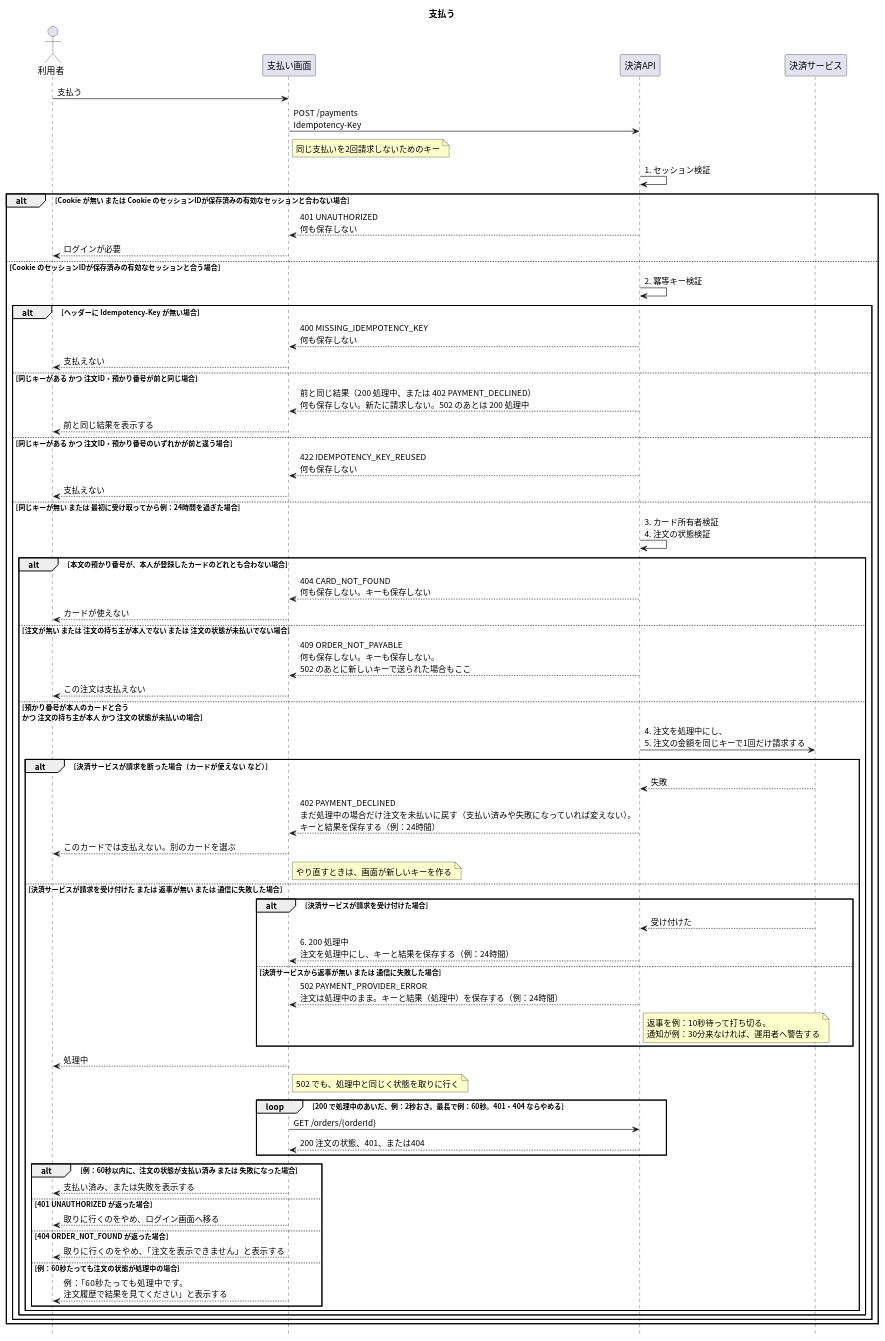
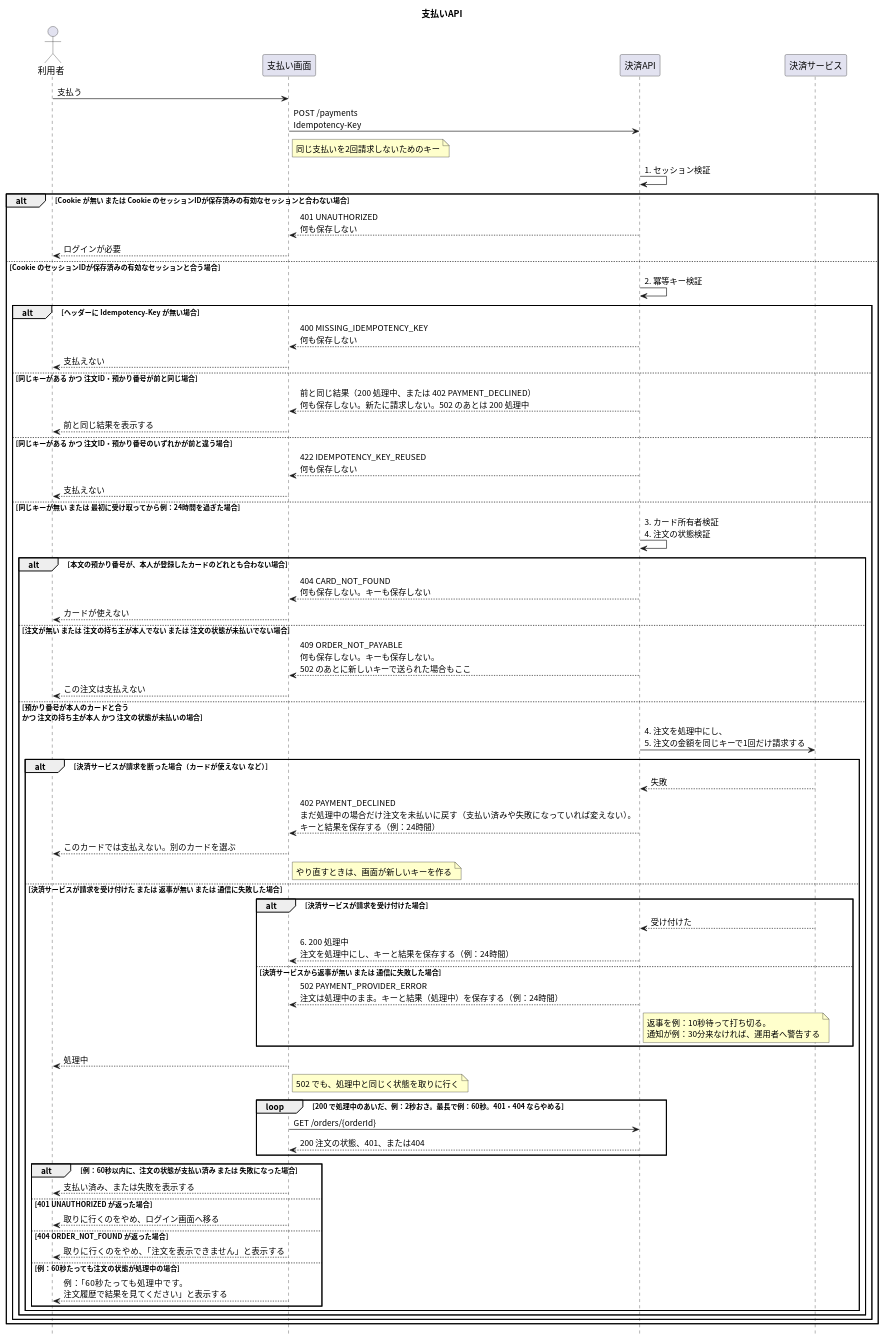
One commit to masamasamasato/design-doc-template changed the diagram in apis/create-payment/入口.puml. Above: the diagram before and after it, drawn with PlantUML. The commit also changed 95 other files, not shown here.

```diff
--- a/apis/create-payment/入口.puml
+++ b/apis/create-payment/入口.puml
@@ -1,75 +1,75 @@
 @startuml
 skinparam shadowing false
 skinparam defaultFontName "Noto Sans CJK JP"
 skinparam SequenceFontName "Noto Sans CJK JP"
 skinparam NoteBackgroundColor #FFFFCC
 hide footbox
 
-title 支払う
+title 支払いAPI
 
 actor "利用者" as User
 participant "支払い画面" as Screen
 participant "決済API" as API
 participant "決済サービス" as PSP
 
 User -> Screen : 支払う
 Screen -> API : POST /payments\nIdempotency-Key
 note right of Screen : 同じ支払いを2回請求しないためのキー
 API -> API : 1. セッション検証
 alt Cookie が無い または Cookie のセッションIDが保存済みの有効なセッションと合わない場合
   API --> Screen : 401 UNAUTHORIZED\n何も保存しない
   Screen --> User : ログインが必要
 else Cookie のセッションIDが保存済みの有効なセッションと合う場合
   API -> API : 2. 冪等キー検証
   alt ヘッダーに Idempotency-Key が無い場合
     API --> Screen : 400 MISSING_IDEMPOTENCY_KEY\n何も保存しない
     Screen --> User : 支払えない
   else 同じキーがある かつ 注文ID・預かり番号が前と同じ場合
     API --> Screen : 前と同じ結果（200 処理中、または 402 PAYMENT_DECLINED）\n何も保存しない。新たに請求しない。502 のあとは 200 処理中
     Screen --> User : 前と同じ結果を表示する
   else 同じキーがある かつ 注文ID・預かり番号のいずれかが前と違う場合
     API --> Screen : 422 IDEMPOTENCY_KEY_REUSED\n何も保存しない
     Screen --> User : 支払えない
   else 同じキーが無い または 最初に受け取ってから例：24時間を過ぎた場合
     API -> API : 3. カード所有者検証\n4. 注文の状態検証
     alt 本文の預かり番号が、本人が登録したカードのどれとも合わない場合
       API --> Screen : 404 CARD_NOT_FOUND\n何も保存しない。キーも保存しない
       Screen --> User : カードが使えない
     else 注文が無い または 注文の持ち主が本人でない または 注文の状態が未払いでない場合
       API --> Screen : 409 ORDER_NOT_PAYABLE\n何も保存しない。キーも保存しない。\n502 のあとに新しいキーで送られた場合もここ
       Screen --> User : この注文は支払えない
     else 預かり番号が本人のカードと合う\nかつ 注文の持ち主が本人 かつ 注文の状態が未払いの場合
       API -> PSP : 4. 注文を処理中にし、\n5. 注文の金額を同じキーで1回だけ請求する
       alt 決済サービスが請求を断った場合（カードが使えない など）
         PSP --> API : 失敗
         API --> Screen : 402 PAYMENT_DECLINED\nまだ処理中の場合だけ注文を未払いに戻す（支払い済みや失敗になっていれば変えない）。\nキーと結果を保存する（例：24時間）
         Screen --> User : このカードでは支払えない。別のカードを選ぶ
         note right of Screen : やり直すときは、画面が新しいキーを作る
       else 決済サービスが請求を受け付けた または 返事が無い または 通信に失敗した場合
         alt 決済サービスが請求を受け付けた場合
           PSP --> API : 受け付けた
           API --> Screen : 6. 200 処理中\n注文を処理中にし、キーと結果を保存する（例：24時間）
         else 決済サービスから返事が無い または 通信に失敗した場合
           API --> Screen : 502 PAYMENT_PROVIDER_ERROR\n注文は処理中のまま。キーと結果（処理中）を保存する（例：24時間）
           note right of API : 返事を例：10秒待って打ち切る。\n通知が例：30分来なければ、運用者へ警告する
         end
         Screen --> User : 処理中
         note right of Screen : 502 でも、処理中と同じく状態を取りに行く
         loop 200 で処理中のあいだ、例：2秒おき。最長で例：60秒。401・404 ならやめる
           Screen -> API : GET /orders/{orderId}
           API --> Screen : 200 注文の状態、401、または404
         end
         alt 例：60秒以内に、注文の状態が支払い済み または 失敗になった場合
           Screen --> User : 支払い済み、または失敗を表示する
         else 401 UNAUTHORIZED が返った場合
           Screen --> User : 取りに行くのをやめ、ログイン画面へ移る
         else 404 ORDER_NOT_FOUND が返った場合
           Screen --> User : 取りに行くのをやめ、「注文を表示できません」と表示する
         else 例：60秒たっても注文の状態が処理中の場合
           Screen --> User : 例：「60秒たっても処理中です。\n注文履歴で結果を見てください」と表示する
         end
       end
     end
   end
 end
 @enduml
```
